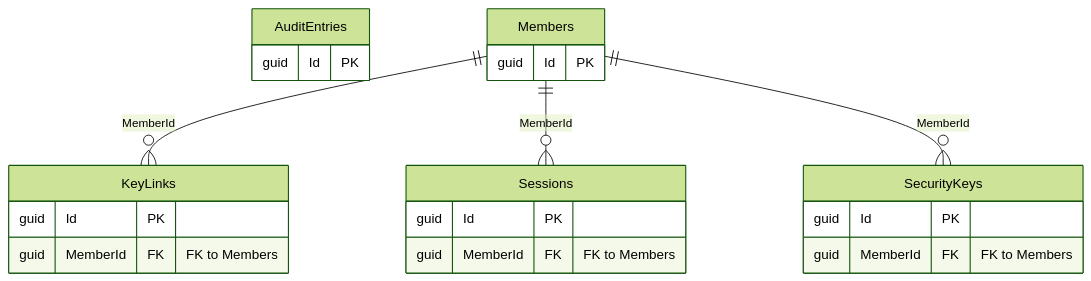
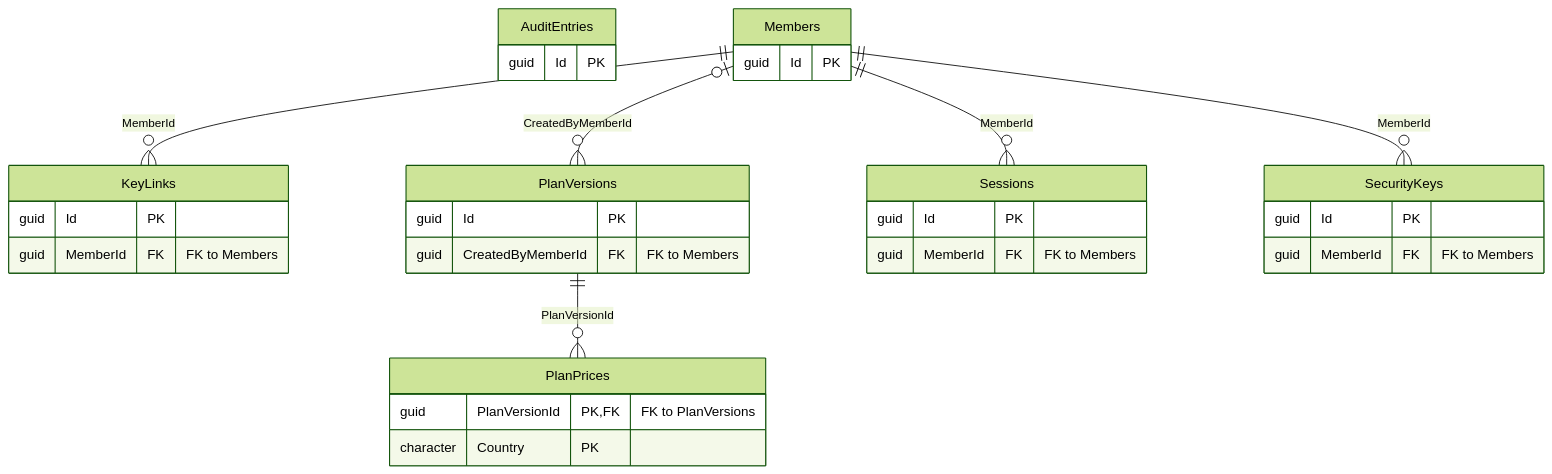
Diagram 14 of 14 in docs/03-architecture/erd.md (ALFRED-LUCIFER/medvya), drawn with Mermaid (forest theme) before and after one commit. The commit also changed other lines of this file and 51 other files, not shown here.

````diff
--- a/docs/03-architecture/erd.md
+++ b/docs/03-architecture/erd.md
@@ -2810,24 +2810,34 @@
 ```mermaid
 erDiagram
   KeyLinks {
     guid Id PK
     guid MemberId FK "FK to Members"
+  }
+  PlanPrices {
+    guid PlanVersionId PK, FK "FK to PlanVersions"
+    character Country PK
+  }
+  PlanVersions {
+    guid Id PK
+    guid CreatedByMemberId FK "FK to Members"
   }
   AuditEntries {
     guid Id PK
   }
   Members {
     guid Id PK
   }
   Sessions {
     guid Id PK
     guid MemberId FK "FK to Members"
   }
   SecurityKeys {
     guid Id PK
     guid MemberId FK "FK to Members"
   }
   Members ||--o{ KeyLinks : "MemberId"
+  PlanVersions ||--o{ PlanPrices : "PlanVersionId"
+  Members |o--o{ PlanVersions : "CreatedByMemberId"
   Members ||--o{ Sessions : "MemberId"
   Members ||--o{ SecurityKeys : "MemberId"
 ```
````
